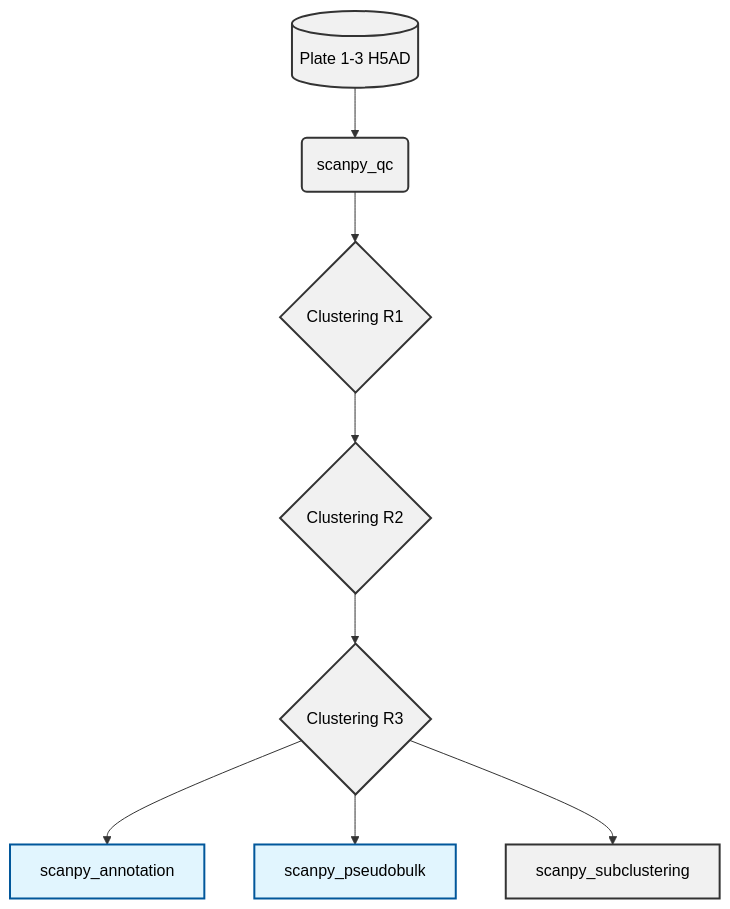
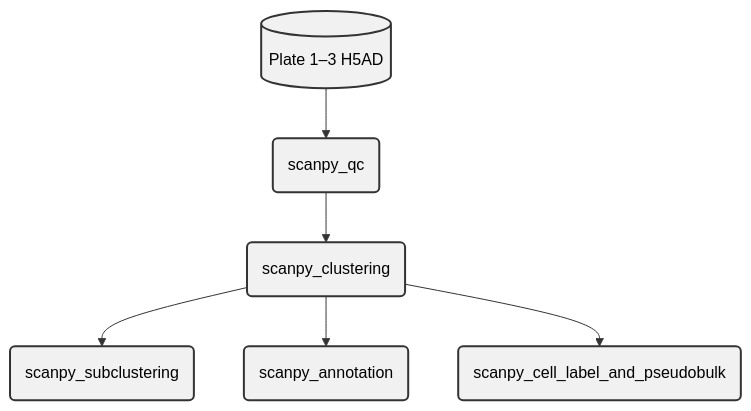
One commit to Dazcam/eQTL_study_2025 changed the diagram in pipelines/02-scanpy.qmd. Above: the diagram before and after it, drawn with Mermaid. The commit also changed other lines of this file, not shown here.

````diff
--- a/pipelines/02-scanpy.qmd
+++ b/pipelines/02-scanpy.qmd
@@ -15,16 +17,13 @@
 ```{mermaid}
 graph TD
     classDef snazzy fill:#f1f1f1,stroke:#333,stroke-width:2px,color:#000;
+    classDef out fill:#e1f5fe,stroke:#01579b,color:#000;
 
-    A[(Plate 1-3 H5AD)] --> B(scanpy_qc)
-    B --> C{Clustering R1}
-    C --> D{Clustering R2}
-    D --> E{Clustering R3}
-    E --> F[scanpy_annotation]
-    E --> G[scanpy_pseudobulk]
-    E --> H[scanpy_subclustering]
-    
-    class A,B,C,D,E,F,G,H snazzy
-    style F fill:#e1f5fe,stroke:#01579b
-    style G fill:#e1f5fe,stroke:#01579b
+    A[(Plate 1–3 H5AD)] --> B(scanpy_qc)
+    B --> C(scanpy_clustering)
+    C --> D(scanpy_subclustering)
+    C --> E(scanpy_annotation)
+    C --> F(scanpy_cell_label_and_pseudobulk)
+
+    class A,B,C,D,E,F snazzy
 ```
````
